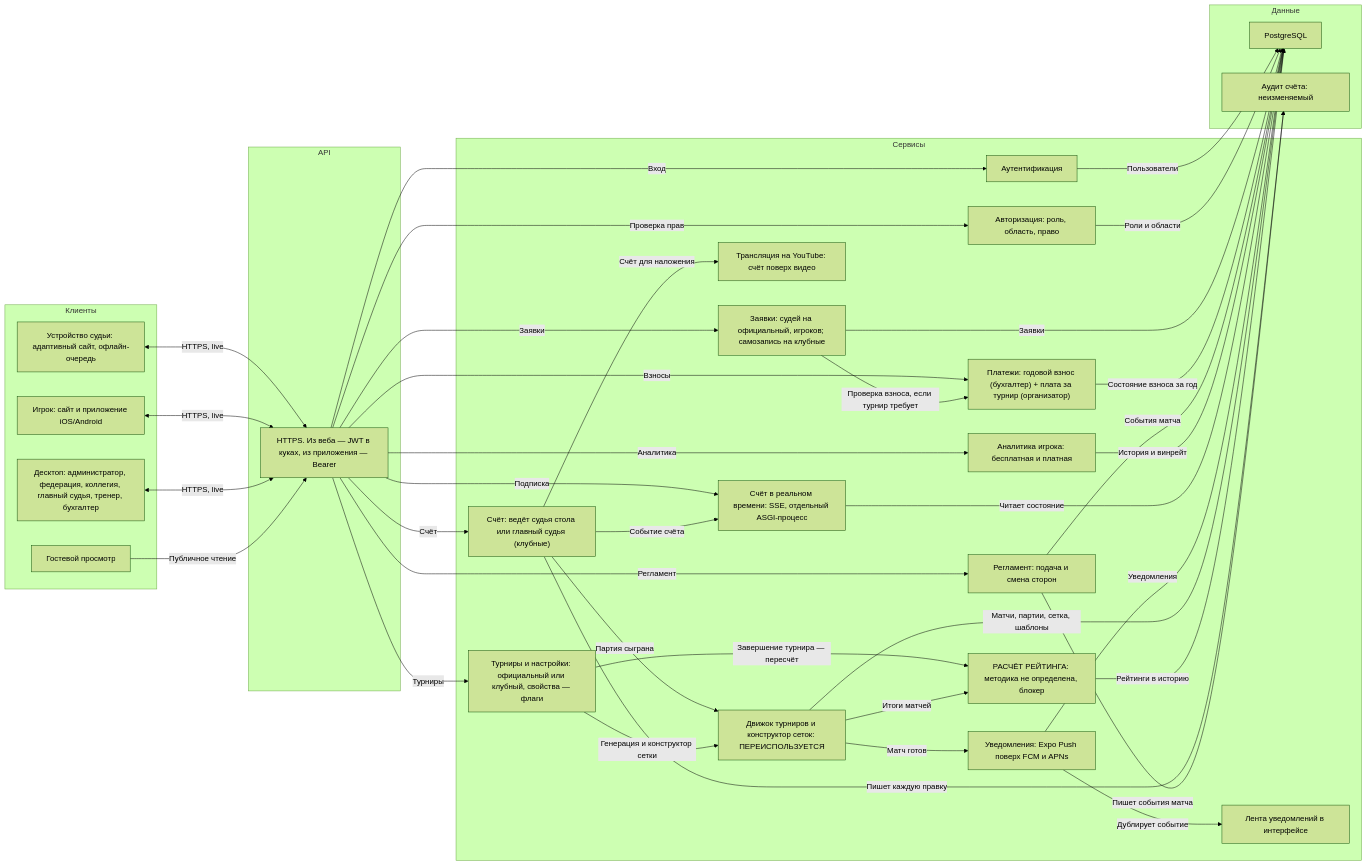
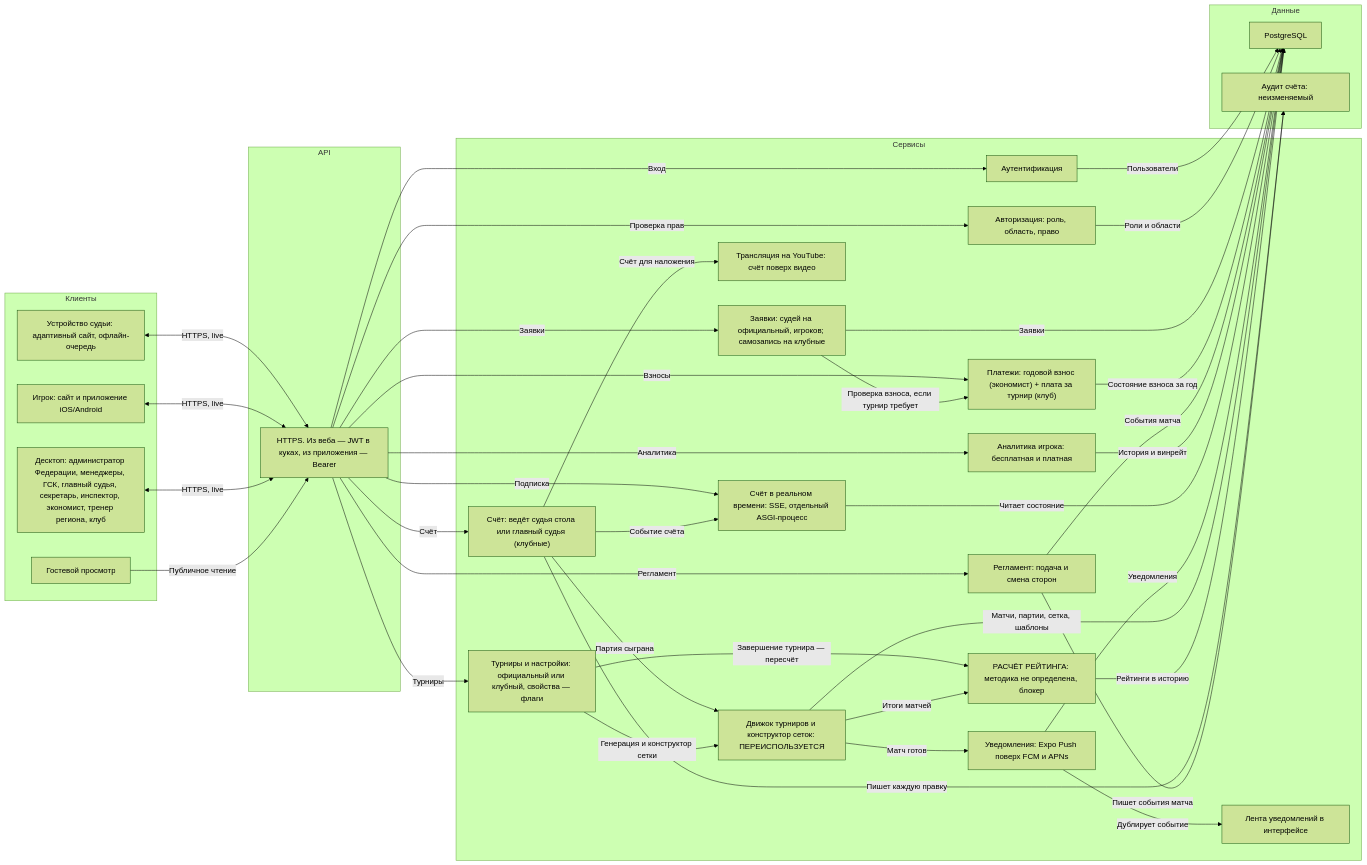
The first of 3 diagrams in ARCHITECTURE.md (AssylanAkhanuly/tt_tournament), drawn with Mermaid (forest theme) before and after one commit. The commit also changed other lines of this file and 20 other files, not shown here.

````diff
--- a/ARCHITECTURE.md
+++ b/ARCHITECTURE.md
@@ -38,70 +43,70 @@
 ```mermaid
 flowchart LR
     subgraph client ["Клиенты"]
         judgeTablet["Устройство судьи: адаптивный сайт, офлайн-очередь"]
         playerPhone["Игрок: сайт и приложение iOS/Android"]
-        adminDesktop["Десктоп: администратор, федерация, коллегия, главный судья, тренер, бухгалтер"]
+        adminDesktop["Десктоп: администратор Федерации, менеджеры, ГСК, главный судья, секретарь, инспектор, экономист, тренер региона, клуб"]
         guestWeb["Гостевой просмотр"]
     end
     subgraph gateway ["API"]
         apiGateway["HTTPS. Из веба — JWT в куках, из приложения — Bearer"]
     end
     subgraph service ["Сервисы"]
         authService["Аутентификация"]
         rbacService["Авторизация: роль, область, право"]
         tournamentService["Турниры и настройки: официальный или клубный, свойства — флаги"]
         applicationService["Заявки: судей на официальный, игроков; самозапись на клубные"]
-        feeService["Платежи: годовой взнос (бухгалтер) + плата за турнир (организатор)"]
+        feeService["Платежи: годовой взнос (экономист) + плата за турнир (клуб)"]
         scoreService["Счёт: ведёт судья стола или главный судья (клубные)"]
         refereeService["Регламент: подача и смена сторон"]
         analyticsService["Аналитика игрока: бесплатная и платная"]
         liveService["Счёт в реальном времени: SSE, отдельный ASGI-процесс"]
         broadcastService["Трансляция на YouTube: счёт поверх видео"]
         notifyService["Уведомления: Expo Push поверх FCM и APNs"]
         inboxFeed["Лента уведомлений в интерфейсе"]
         engine["Движок турниров и конструктор сеток: ПЕРЕИСПОЛЬЗУЕТСЯ"]
         ratingService["РАСЧЁТ РЕЙТИНГА: методика не определена, блокер"]
     end
     subgraph datastore ["Данные"]
         postgres["PostgreSQL"]
         auditLog["Аудит счёта: неизменяемый"]
     end
 
     judgeTablet <-->|"HTTPS, live"| apiGateway
     playerPhone <-->|"HTTPS, live"| apiGateway
     adminDesktop <-->|"HTTPS, live"| apiGateway
     guestWeb -->|"Публичное чтение"| apiGateway
 
     apiGateway -->|"Вход"| authService
     apiGateway -->|"Проверка прав"| rbacService
     apiGateway -->|"Турниры"| tournamentService
     apiGateway -->|"Заявки"| applicationService
     apiGateway -->|"Взносы"| feeService
     applicationService -->|"Проверка взноса, если турнир требует"| feeService
     apiGateway -->|"Счёт"| scoreService
     apiGateway -->|"Регламент"| refereeService
     apiGateway -->|"Аналитика"| analyticsService
     apiGateway -->|"Подписка"| liveService
 
     scoreService -->|"Партия сыграна"| engine
     scoreService -->|"Пишет каждую правку"| auditLog
     scoreService -->|"Событие счёта"| liveService
     scoreService -->|"Счёт для наложения"| broadcastService
     refereeService -->|"Пишет события матча"| auditLog
     tournamentService -->|"Генерация и конструктор сетки"| engine
     tournamentService -->|"Завершение турнира — пересчёт"| ratingService
     engine -->|"Итоги матчей"| ratingService
     engine -->|"Матч готов"| notifyService
     notifyService -->|"Дублирует событие"| inboxFeed
 
     authService -->|"Пользователи"| postgres
     rbacService -->|"Роли и области"| postgres
     applicationService -->|"Заявки"| postgres
     feeService -->|"Состояние взноса за год"| postgres
     refereeService -->|"События матча"| postgres
     analyticsService -->|"История и винрейт"| postgres
     liveService -->|"Читает состояние"| postgres
     notifyService -->|"Уведомления"| postgres
     engine -->|"Матчи, партии, сетка, шаблоны"| postgres
     ratingService -->|"Рейтинги в историю"| postgres
 ```
````
